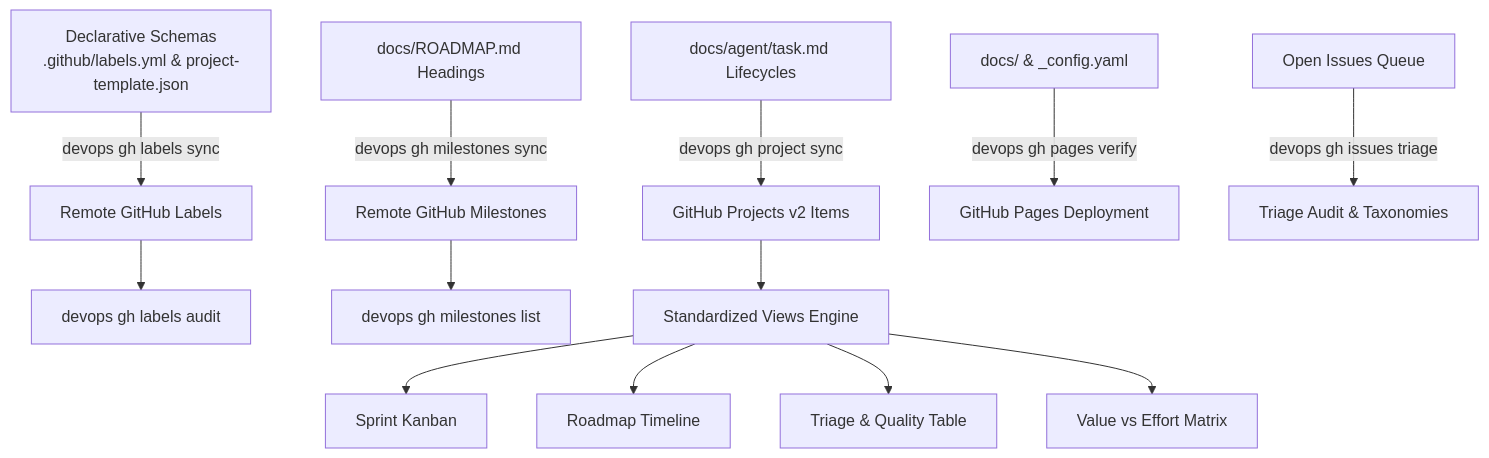
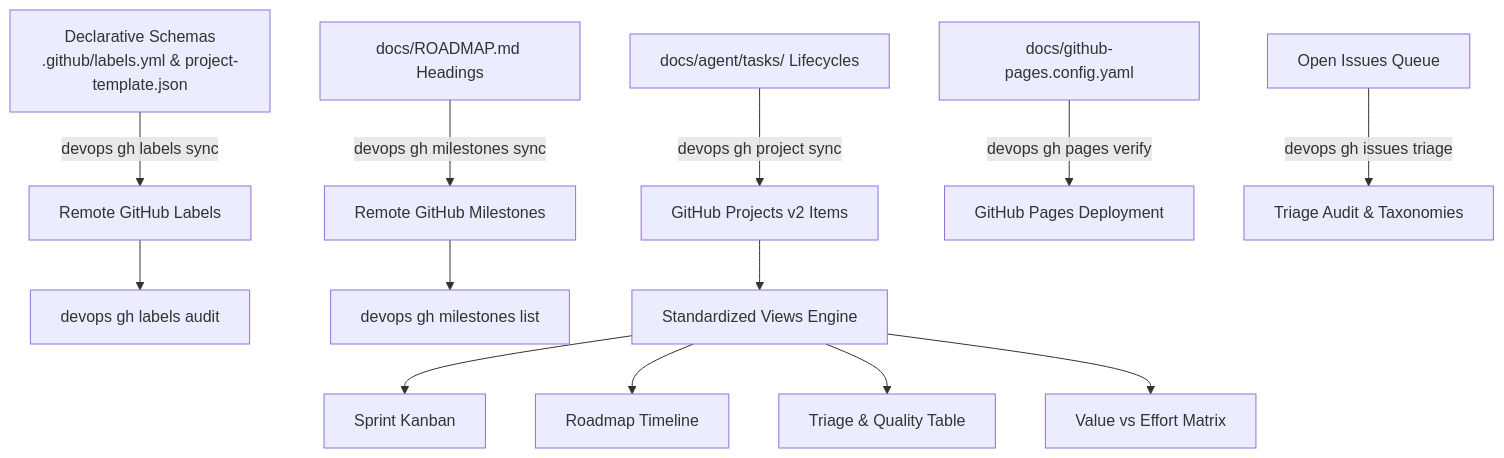
Before and after one commit to dan-petty/devops-cli: the diagram in src/devops_cli/ai/knowledge_base/devops_cli/tasks/github_project_management.md, drawn with Mermaid. The commit also changed other lines of this file and 176 other files, not shown here.

````diff
--- a/src/devops_cli/ai/knowledge_base/devops_cli/tasks/github_project_management.md
+++ b/src/devops_cli/ai/knowledge_base/devops_cli/tasks/github_project_management.md
@@ -17,15 +17,15 @@
 ```mermaid
 graph TD
     A[Declarative Schemas<br/>.github/labels.yml & project-template.json] -->|devops gh labels sync| B[Remote GitHub Labels]
     C[docs/ROADMAP.md Headings] -->|devops gh milestones sync| D[Remote GitHub Milestones]
-    E[docs/agent/task.md Lifecycles] -->|devops gh project sync| F[GitHub Projects v2 Items]
-    G[docs/ & _config.yaml] -->|devops gh pages verify| H[GitHub Pages Deployment]
+    E[docs/agent/tasks/ Lifecycles] -->|devops gh project sync| F[GitHub Projects v2 Items]
+    G[docs/github-pages.config.yaml] -->|devops gh pages verify| H[GitHub Pages Deployment]
     I[Open Issues Queue] -->|devops gh issues triage| J[Triage Audit & Taxonomies]
     B --> K[devops gh labels audit]
     D --> L[devops gh milestones list]
     F --> M[Standardized Views Engine]
     M --> N[Sprint Kanban]
     M --> O[Roadmap Timeline]
     M --> P[Triage & Quality Table]
     M --> Q[Value vs Effort Matrix]
 ```
````
